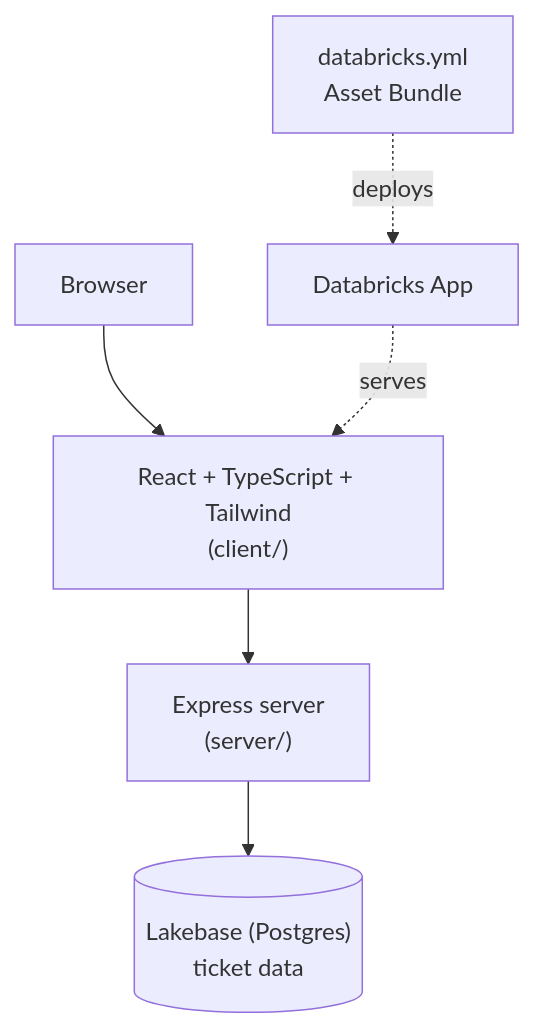
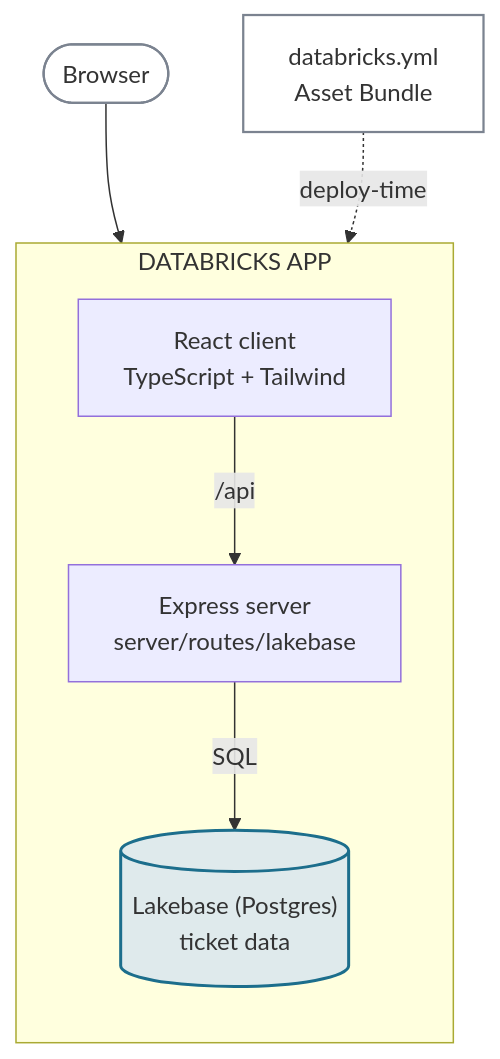
The fourth of 5 diagrams in README.md (DBishal13/databricks-ai-capstone), drawn with Mermaid before and after one commit. The commit also changed other lines of this file, not shown here.

First line of the commit message:
Redesign README mermaid diagrams to match the demo page

````diff
--- a/README.md
+++ b/README.md
@@ -176,8 +206,17 @@
 ```mermaid
 flowchart TD
-    Browser["Browser"] --> Client["React + TypeScript + Tailwind<br/>(client/)"]
-    Client --> Server["Express server<br/>(server/)"]
-    Server --> Lakebase[("Lakebase (Postgres)<br/>ticket data")]
-    Bundle["databricks.yml<br/>Asset Bundle"] -.deploys.-> App["Databricks App"]
-    App -.serves.-> Client
+    Browser(["Browser"]) --> Client
+
+    subgraph APP["DATABRICKS APP"]
+        direction TB
+        Client["React client<br/>TypeScript + Tailwind"] -->|/api| Server["Express server<br/>server/routes/lakebase"]
+        Server -->|SQL| Lakebase[("Lakebase (Postgres)<br/>ticket data")]
+    end
+
+    Bundle["databricks.yml<br/>Asset Bundle"] -.deploy-time.-> APP
+
+    classDef hub fill:#dfeaec,stroke:#1c6e8c,stroke-width:2px;
+    classDef ext fill:#ffffff,stroke:#7b8390,stroke-width:1.5px;
+    class Lakebase hub
+    class Browser,Bundle ext
 ```
````
